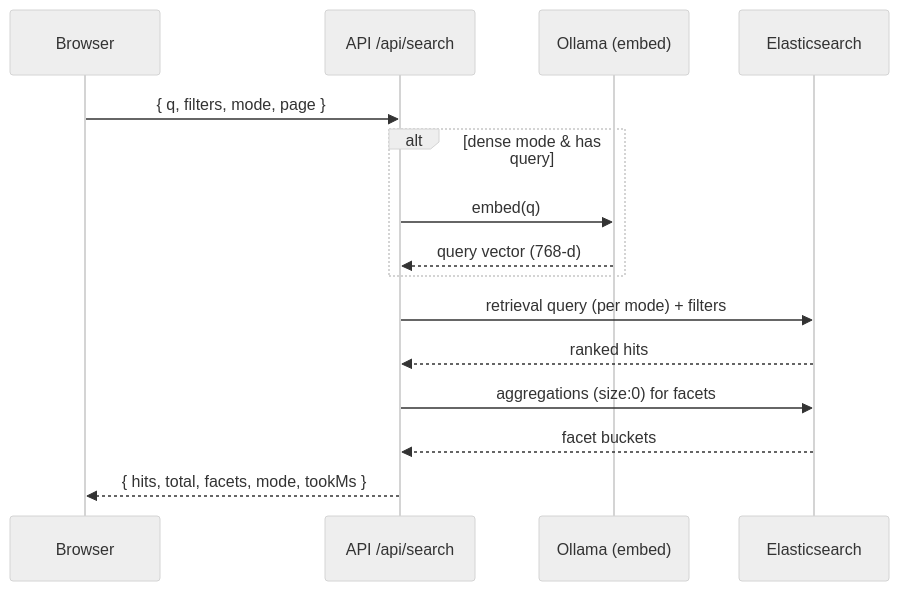
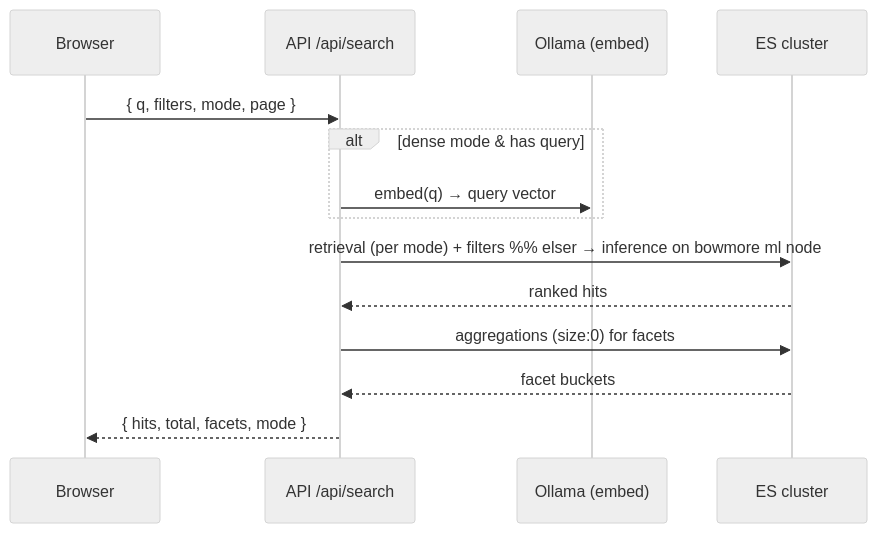
One commit to benoitquette/conversational-job-search-poc changed the fifth of 9 diagrams in ARCHITECTURE.md. Above: the diagram before and after it, drawn with Mermaid (neutral theme). The commit also changed other lines of this file and 3 other files, not shown here.

First line of the commit message:
docs: update for 2-node cluster, ELSER on bowmore, and recommendations

````diff
--- a/ARCHITECTURE.md
+++ b/ARCHITECTURE.md
@@ -100,18 +96,17 @@
 ```mermaid
 sequenceDiagram
   participant U as Browser
   participant API as API /api/search
   participant O as Ollama (embed)
-  participant ES as Elasticsearch
+  participant ES as ES cluster
 
   U->>API: { q, filters, mode, page }
   alt dense mode & has query
-    API->>O: embed(q)
-    O-->>API: query vector (768-d)
+    API->>O: embed(q) → query vector
   end
-  API->>ES: retrieval query (per mode) + filters
+  API->>ES: retrieval (per mode) + filters  %% elser → inference on bowmore ml node
   ES-->>API: ranked hits
   API->>ES: aggregations (size:0) for facets
   ES-->>API: facet buckets
-  API-->>U: { hits, total, facets, mode, tookMs }
+  API-->>U: { hits, total, facets, mode }
 ```
````
